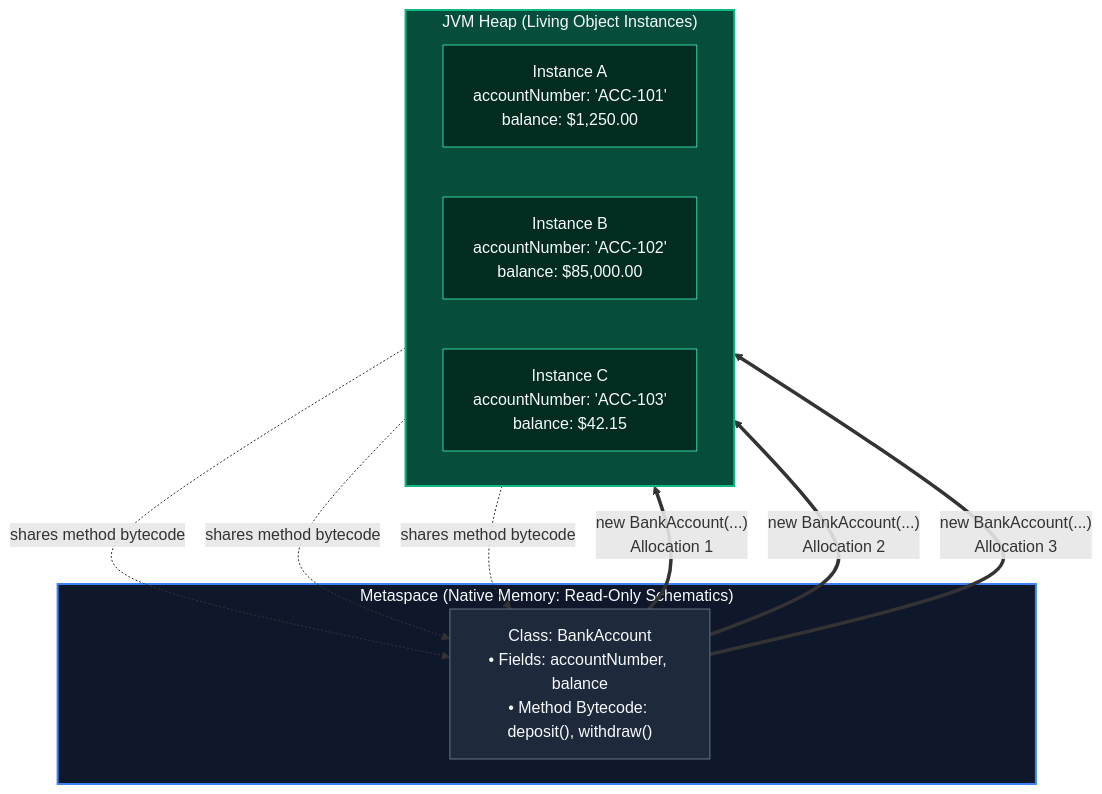
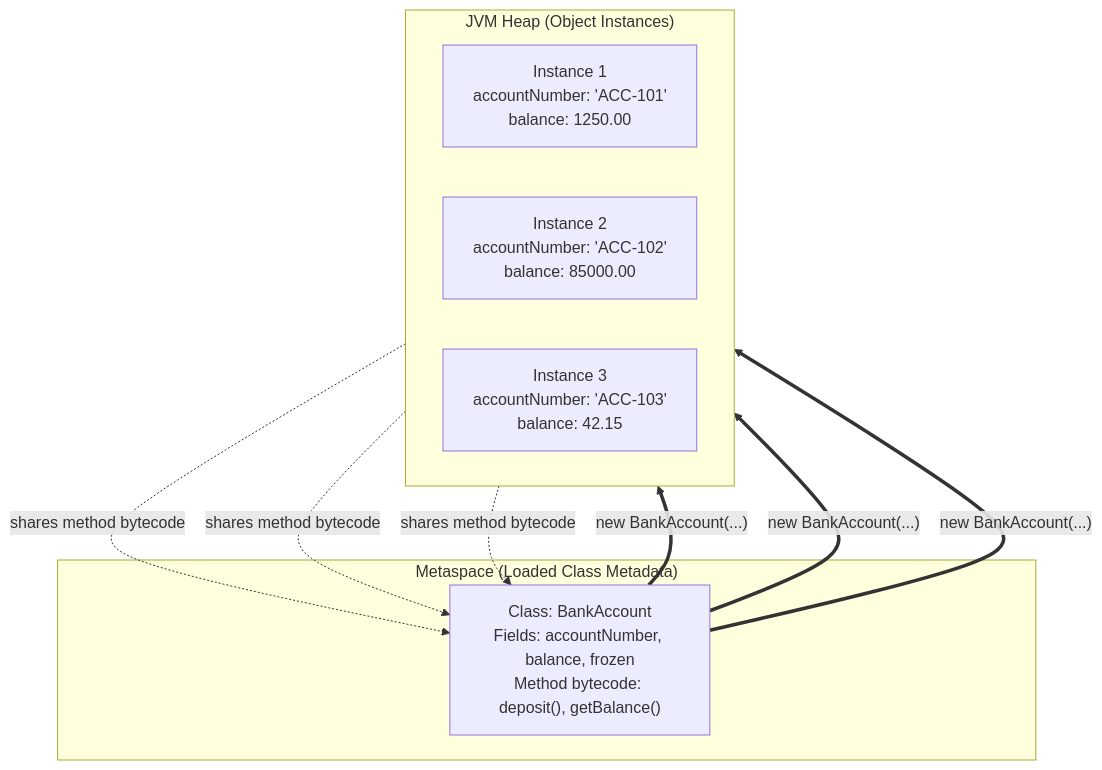
One commit to ravishankar2463/java_hub changed the first of 3 diagrams in content/roadmap/level-0/intro-to-oops.md. Above: the diagram before and after it, drawn with Mermaid. The commit also changed other lines of this file and 119 other files, not shown here.

Commit message:
feat: add comprehensive java learning roadmap content across multiple levels

````diff
--- a/content/roadmap/level-0/intro-to-oops.md
+++ b/content/roadmap/level-0/intro-to-oops.md
@@ -27,28 +23,21 @@
 ```mermaid
 flowchart TD
-    subgraph Metaspace ["Metaspace (Native Memory: Read-Only Schematics)"]
-        ClassDef["Class: BankAccount<br/>• Fields: accountNumber, balance<br/>• Method Bytecode: deposit(), withdraw()"]
+    subgraph metaspace ["Metaspace (Loaded Class Metadata)"]
+        blueprint["Class: BankAccount<br/>Fields: accountNumber, balance, frozen<br/>Method bytecode: deposit(), getBalance()"]
     end
 
-    subgraph HeapSpace ["JVM Heap (Living Object Instances)"]
+    subgraph heap ["JVM Heap (Object Instances)"]
         direction LR
-        Obj1["Instance A<br/>accountNumber: 'ACC-101'<br/>balance: $1,250.00"]
-        Obj2["Instance B<br/>accountNumber: 'ACC-102'<br/>balance: $85,000.00"]
-        Obj3["Instance C<br/>accountNumber: 'ACC-103'<br/>balance: $42.15"]
+        obj1["Instance 1<br/>accountNumber: 'ACC-101'<br/>balance: 1250.00"]
+        obj2["Instance 2<br/>accountNumber: 'ACC-102'<br/>balance: 85000.00"]
+        obj3["Instance 3<br/>accountNumber: 'ACC-103'<br/>balance: 42.15"]
     end
 
-    ClassDef ==>|"new BankAccount(...)<br/>Allocation 1"| Obj1
-    ClassDef ==>|"new BankAccount(...)<br/>Allocation 2"| Obj2
-    ClassDef ==>|"new BankAccount(...)<br/>Allocation 3"| Obj3
+    blueprint ==>|"new BankAccount(...)"| obj1
+    blueprint ==>|"new BankAccount(...)"| obj2
+    blueprint ==>|"new BankAccount(...)"| obj3
 
-    Obj1 -.->|"shares method bytecode"| ClassDef
-    Obj2 -.->|"shares method bytecode"| ClassDef
-    Obj3 -.->|"shares method bytecode"| ClassDef
-
-    style Metaspace fill:#0f172a,stroke:#3b82f6,stroke-width:2px,color:#f8fafc
-    style HeapSpace fill:#064e3b,stroke:#10b981,stroke-width:2px,color:#f8fafc
-    style ClassDef fill:#1e293b,stroke:#64748b,color:#f8fafc
-    style Obj1 fill:#022c22,stroke:#34d399,color:#f8fafc
-    style Obj2 fill:#022c22,stroke:#34d399,color:#f8fafc
-    style Obj3 fill:#022c22,stroke:#34d399,color:#f8fafc
+    obj1 -.->|"shares method bytecode"| blueprint
+    obj2 -.->|"shares method bytecode"| blueprint
+    obj3 -.->|"shares method bytecode"| blueprint
 ```
````
